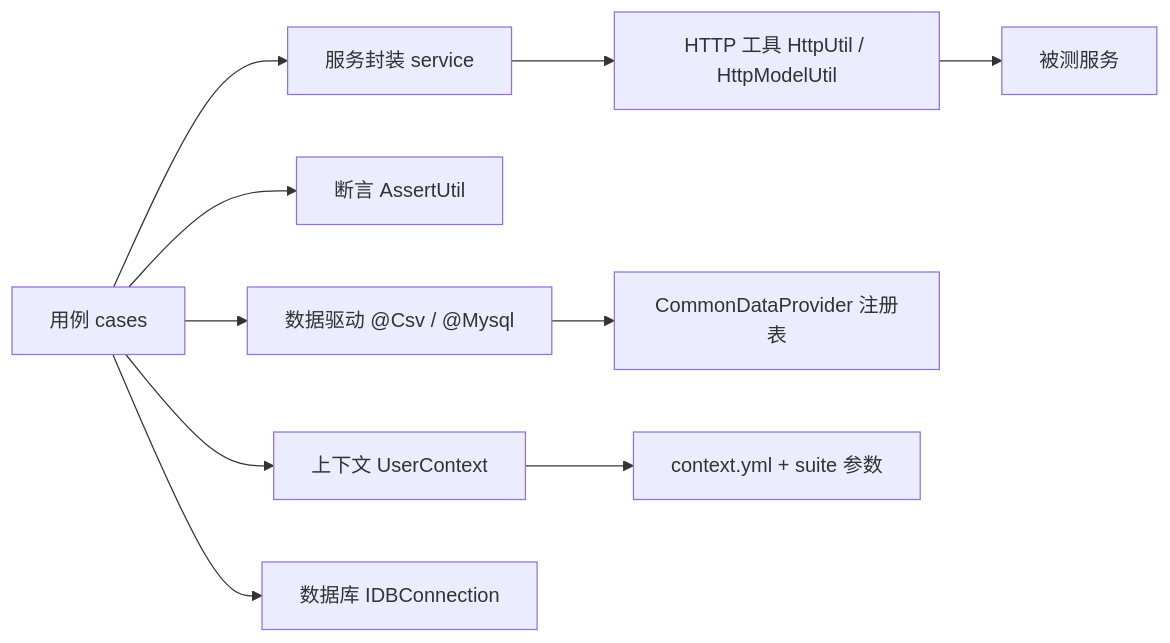
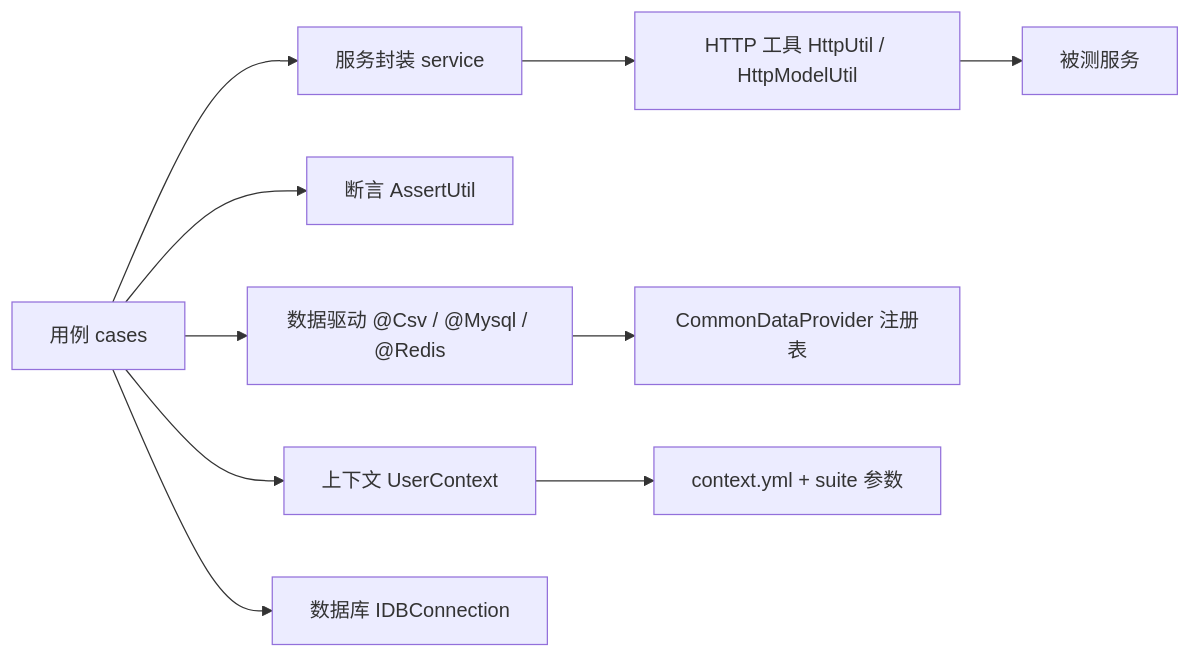
One commit to zhaiqiuying/auto-test-frame changed the diagram in README.md. Above: the diagram before and after it, drawn with Mermaid. The commit also changed other lines of this file and 26 other files, not shown here.

````diff
--- a/README.md
+++ b/README.md
@@ -24,12 +24,12 @@
 ```mermaid
 graph LR
     A[用例 cases] --> B[服务封装 service]
     B --> C[HTTP 工具 HttpUtil / HttpModelUtil]
     C --> D[被测服务]
     A --> E[断言 AssertUtil]
-    A --> F[数据驱动 @Csv / @Mysql]
+    A --> F[数据驱动 @Csv / @Mysql / @Redis]
     F --> G[CommonDataProvider 注册表]
     A --> H[上下文 UserContext]
     H --> I[context.yml + suite 参数]
     A --> J[数据库 IDBConnection]
 ```
````
